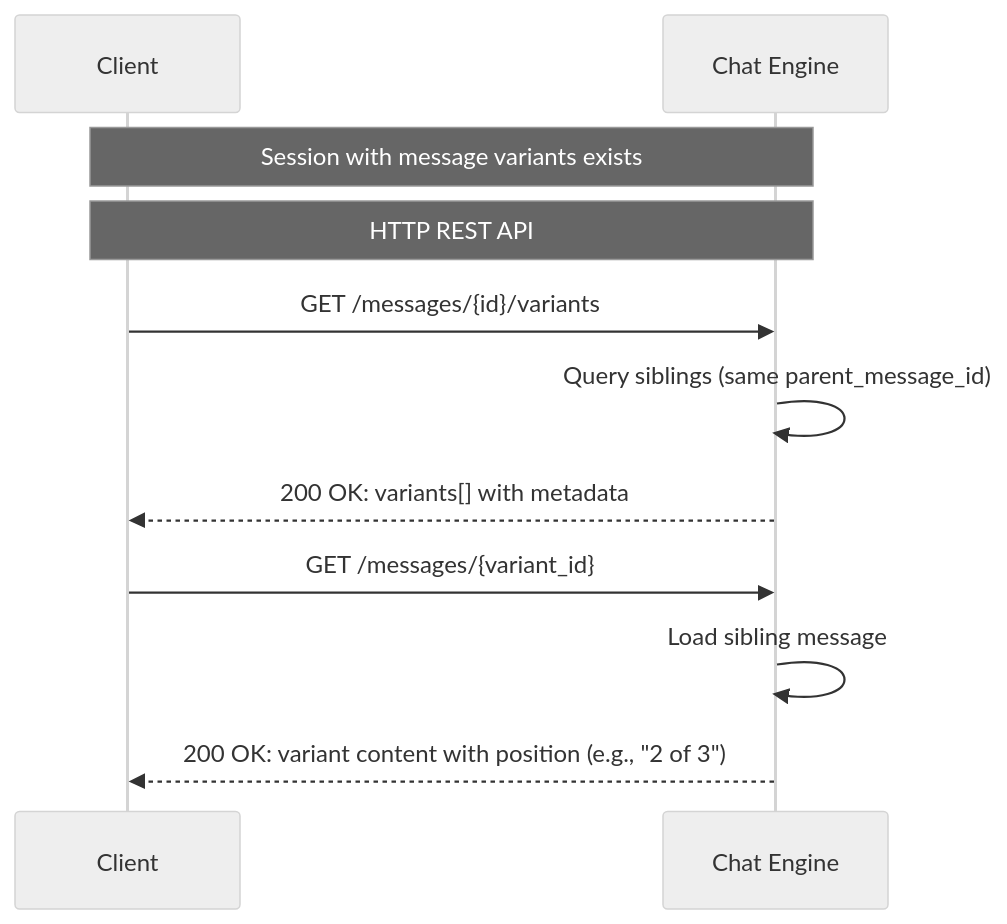
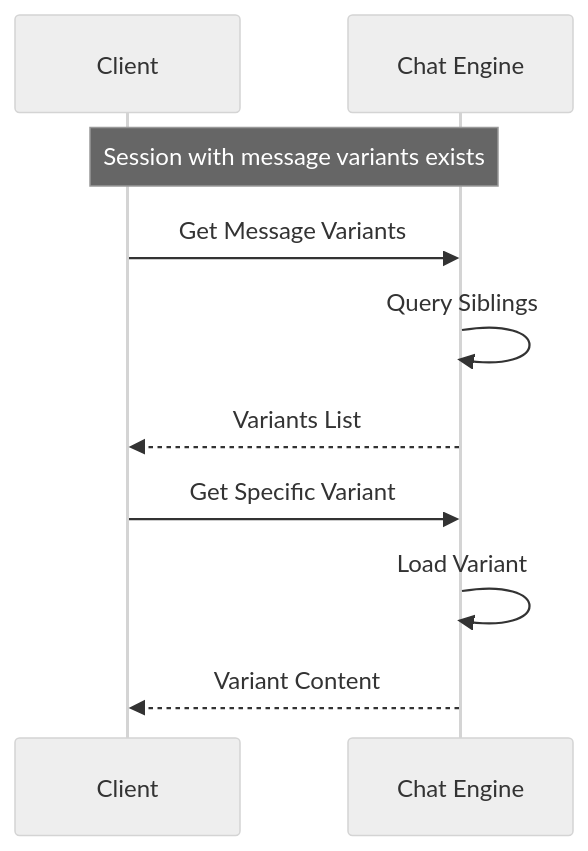
The eighth of 16 diagrams in modules/chat_engine/DESIGN.md (hypernetix/hyperspot), drawn with Mermaid (neutral theme) before and after one commit. The commit also changed other lines of this file and 25 other files, not shown here.

````diff
--- a/modules/chat_engine/DESIGN.md
+++ b/modules/chat_engine/DESIGN.md
@@ -666,16 +625,15 @@
 ```mermaid
 sequenceDiagram
     participant Client
     participant Chat Engine
 
     Note over Client,Chat Engine: Session with message variants exists
 
-    Note over Client,Chat Engine: HTTP REST API
-    Client->>Chat Engine: GET /messages/{id}/variants
-    Chat Engine->>Chat Engine: Query siblings (same parent_message_id)
-    Chat Engine-->>Client: 200 OK: variants[] with metadata
+    Client->>Chat Engine: Get Message Variants
+    Chat Engine->>Chat Engine: Query Siblings
+    Chat Engine-->>Client: Variants List
 
-    Client->>Chat Engine: GET /messages/{variant_id}
-    Chat Engine->>Chat Engine: Load sibling message
-    Chat Engine-->>Client: 200 OK: variant content with position (e.g., "2 of 3")
+    Client->>Chat Engine: Get Specific Variant
+    Chat Engine->>Chat Engine: Load Variant
+    Chat Engine-->>Client: Variant Content
 ```
````
